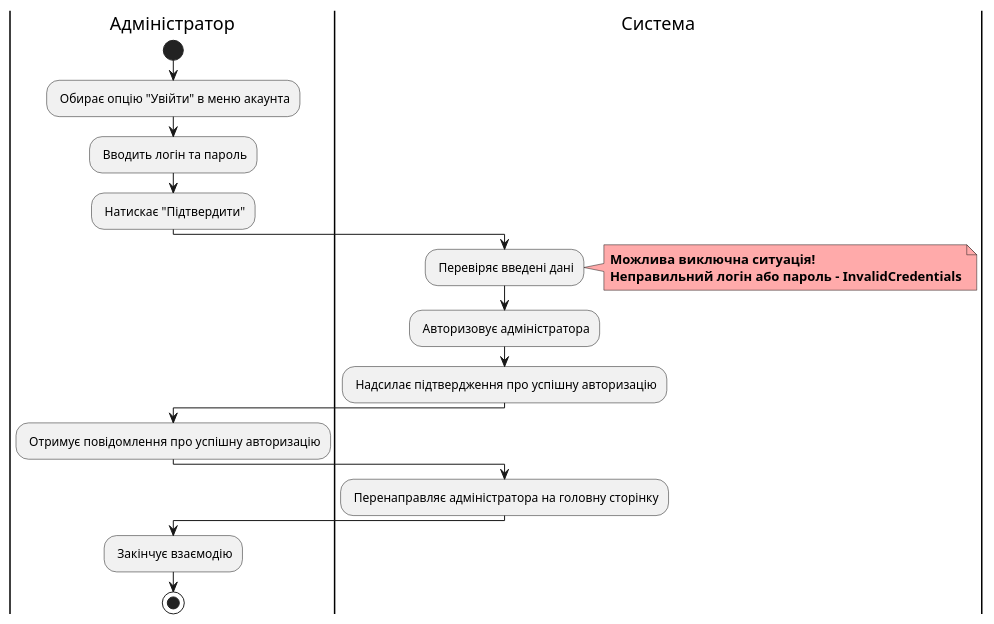
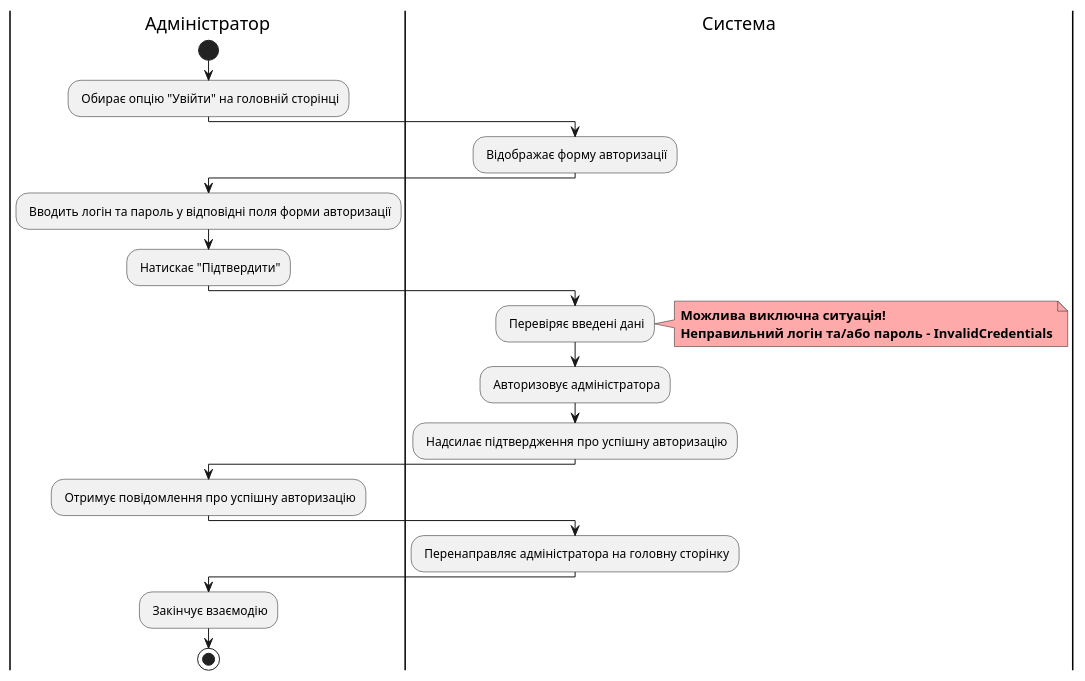
One commit to watashone/db-labs changed diagram 18 of 19 in docs/use cases/README.md. Above: the diagram before and after it, drawn with PlantUML. The commit also changed other lines of this file, not shown here.

```diff
--- a/docs/use cases/README.md
+++ b/docs/use cases/README.md
@@ -588,24 +640,27 @@
 @startuml
 
     |Адміністратор|
         start
-        : Обирає опцію "Увійти" в меню акаунта;
-        : Вводить логін та пароль;
+        : Обирає опцію "Увійти" на головній сторінці;
+    |Система|
+        : Відображає форму авторизації;
+    |Адміністратор|
+        : Вводить логін та пароль у відповідні поля форми авторизації;
         : Натискає "Підтвердити";
     |Система|
         : Перевіряє введені дані;
         note right #ffaaaa
         <b>Можлива виключна ситуація!
-        <b>Неправильний логін або пароль - InvalidCredentials
+        <b>Неправильний логін та/або пароль - InvalidCredentials
         end note
         : Авторизовує адміністратора;
         : Надсилає підтвердження про успішну авторизацію;
     |Адміністратор|
         : Отримує повідомлення про успішну авторизацію;
-    |Система|
+    |Система|    
         : Перенаправляє адміністратора на головну сторінку;
     |Адміністратор|
         : Закінчує взаємодію;
         stop;
         
 @enduml
```
